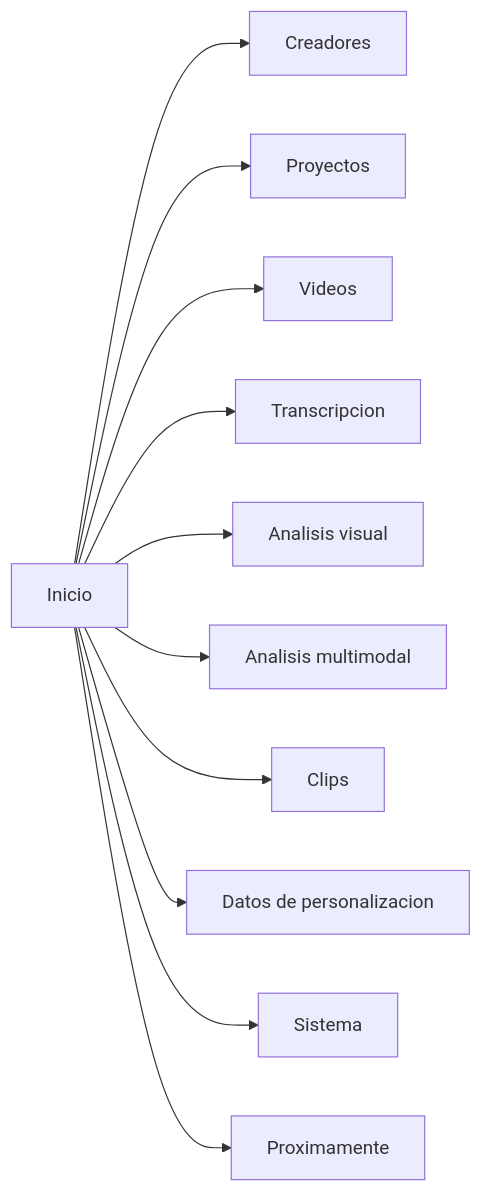
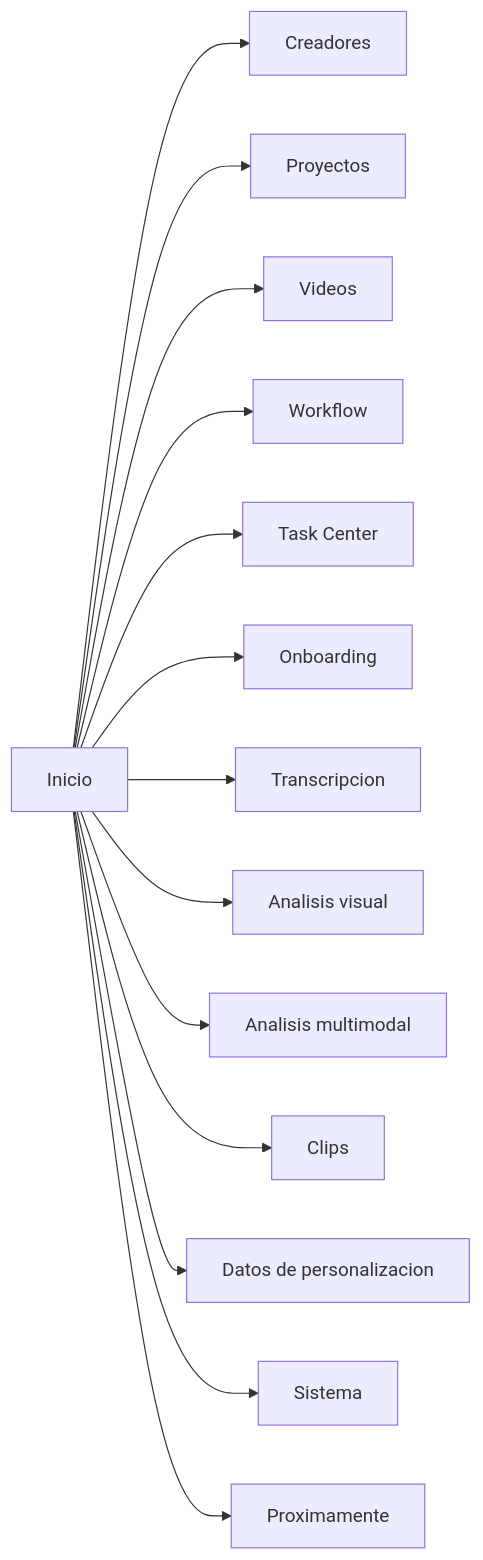
Before and after one commit to AS26-Lab/Creator_Inteligence_Studio: the diagram in docs/UI_MAP.md, drawn with Mermaid. The commit also changed other lines of this file and 20 other files, not shown here.

````diff
--- a/docs/UI_MAP.md
+++ b/docs/UI_MAP.md
@@ -5,13 +5,16 @@
 ```mermaid
 flowchart LR
     Home[Inicio] --> Creators[Creadores]
     Home --> Projects[Proyectos]
     Home --> Media[Videos]
+    Home --> Workflow[Workflow]
+    Home --> Tasks[Task Center]
+    Home --> Onboarding[Onboarding]
     Home --> Transcription[Transcripcion]
     Home --> Visual[Analisis visual]
     Home --> Multimodal[Analisis multimodal]
     Home --> Clips[Clips]
     Home --> Personalization[Datos de personalizacion]
     Home --> System[Sistema]
     Home --> Future[Proximamente]
 ```
````
